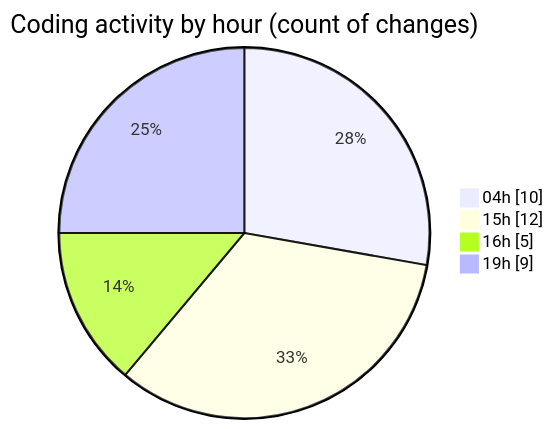
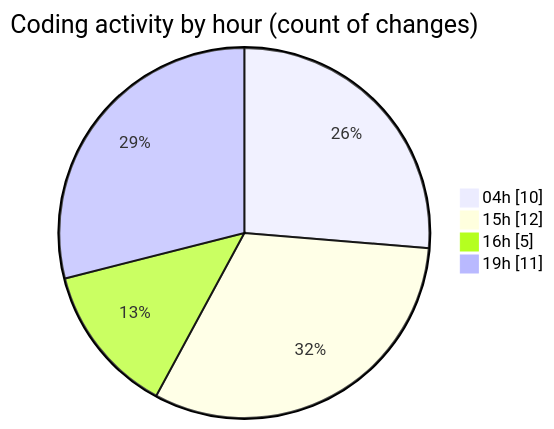
The second of 2 diagrams in 2025-03-17/sharpmasm/README.md (charlie-sans/code-tracking), drawn with Mermaid before and after one commit. The commit also changed other lines of this file and 1 other file, not shown here.

````diff
--- a/2025-03-17/sharpmasm/README.md
+++ b/2025-03-17/sharpmasm/README.md
@@ -35,8 +35,8 @@
 ```mermaid
 pie showData
 title Coding activity by hour (count of changes)
 "04h" : 10
 "15h" : 12
 "16h" : 5
-"19h" : 9
+"19h" : 11
 ```
````
